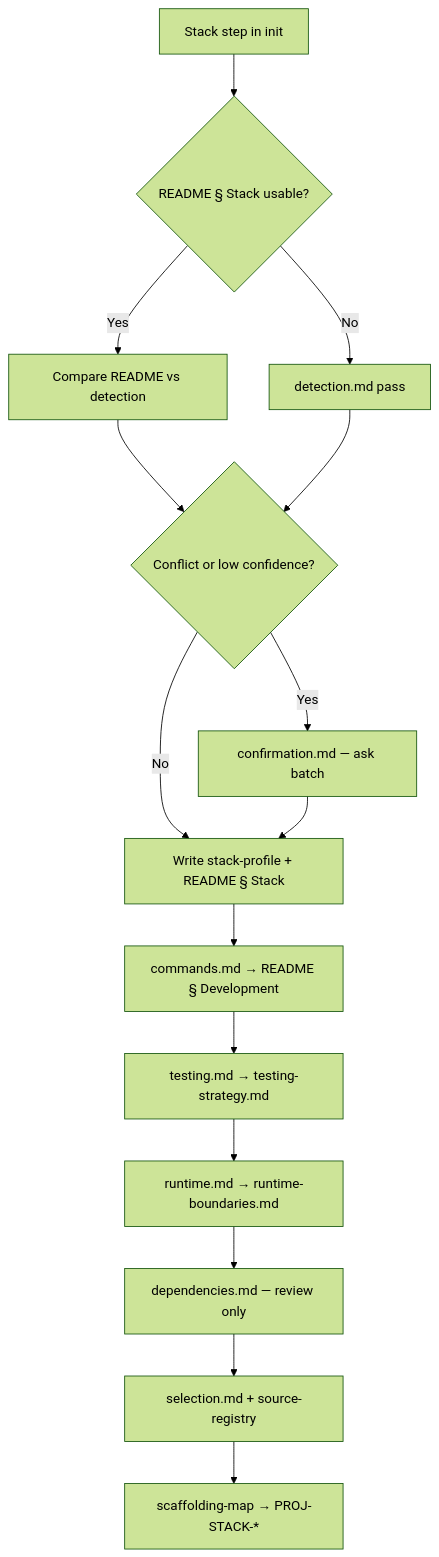
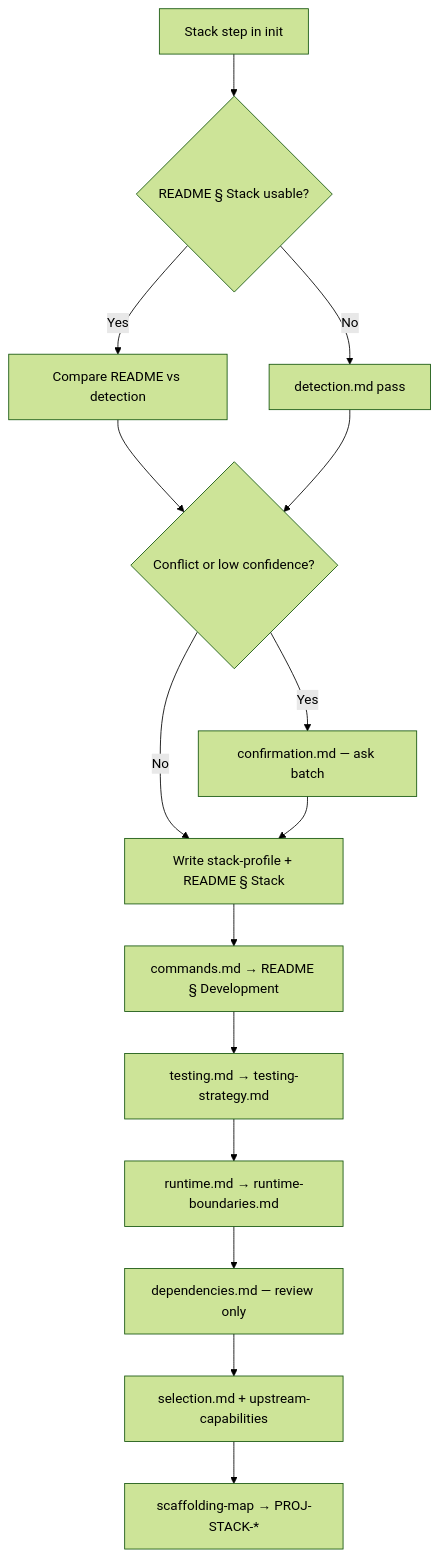
The diagram in docs/stack-scaffolding/README.md (pixelsailor/jarvis), drawn with Mermaid (forest theme) before and after one commit. The commit also changed other lines of this file and 35 other files, not shown here.

````diff
--- a/docs/stack-scaffolding/README.md
+++ b/docs/stack-scaffolding/README.md
@@ -38,17 +39,17 @@
 ```mermaid
 flowchart TD
   start[Stack step in init] --> readme{README § Stack usable?}
   readme -->|Yes| compare[Compare README vs detection]
   readme -->|No| detect[detection.md pass]
   compare --> conflict{Conflict or low confidence?}
   detect --> conflict
   conflict -->|Yes| confirm[confirmation.md — ask batch]
   conflict -->|No| record[Write stack-profile + README § Stack]
   confirm --> record
   record --> cmds[commands.md → README § Development]
   cmds --> test[testing.md → testing-strategy.md]
   test --> rt[runtime.md → runtime-boundaries.md]
   rt --> deps[dependencies.md — review only]
-  deps --> select[selection.md + source-registry]
+  deps --> select[selection.md + upstream-capabilities]
   select --> map[scaffolding-map → PROJ-STACK-*]
 ```
````
